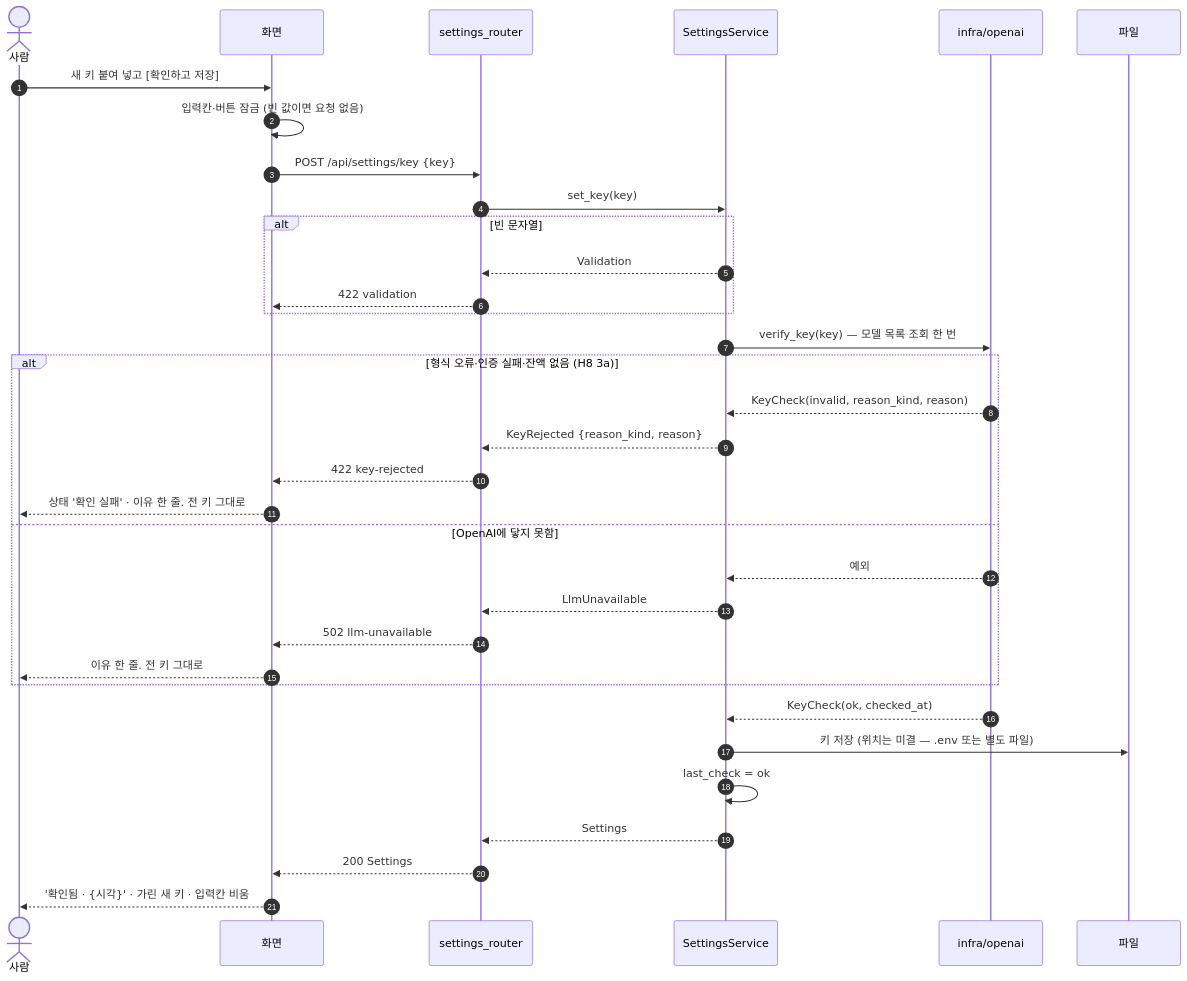
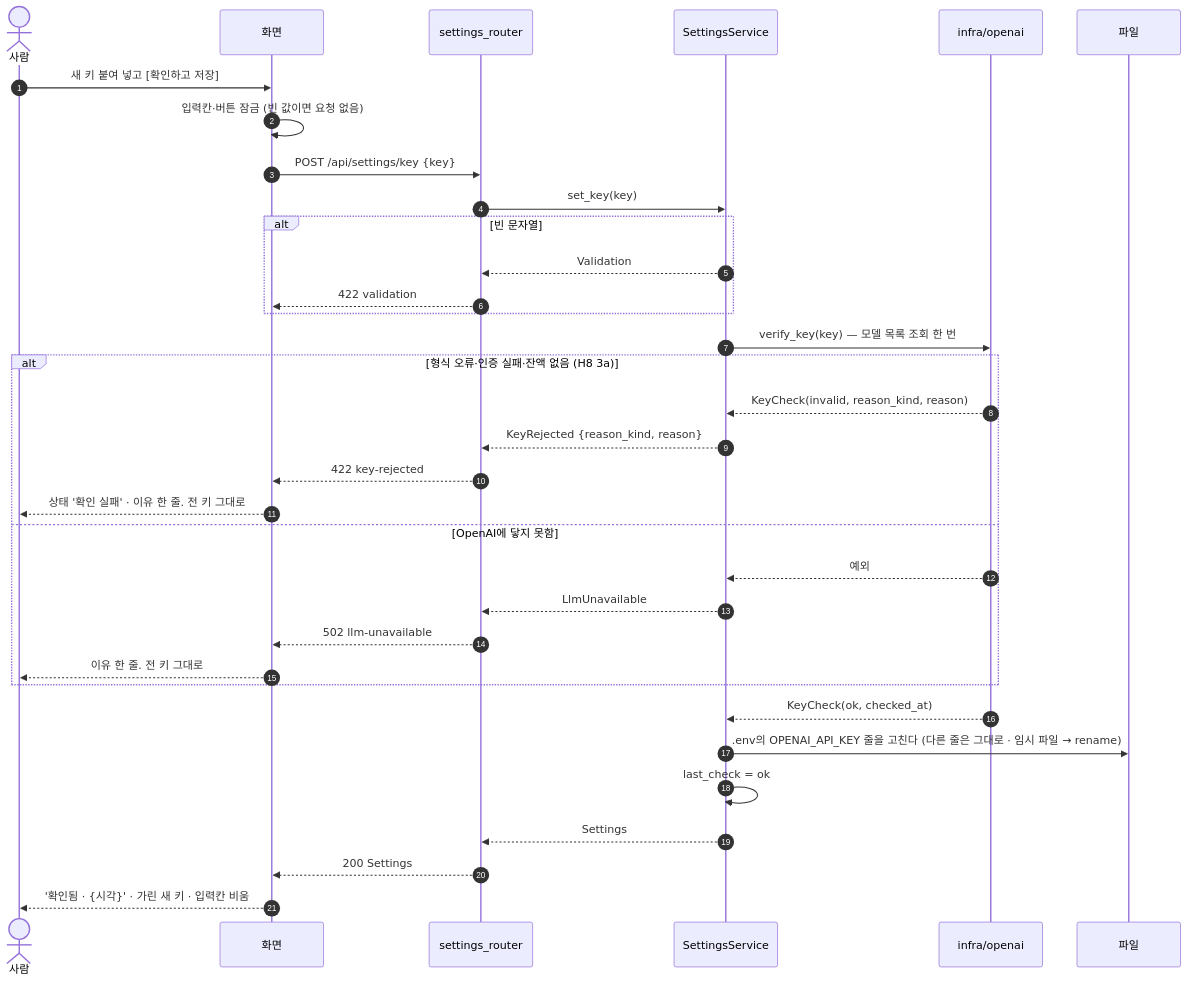
Diagram 12 of 15 in docs/specs/09-SEQ/VA-SEQ-001.md (HoyoungParkme/video-agent), drawn with Mermaid before and after one commit. The commit also changed other lines of this file, not shown here.

Commit message:
대기열 반영 — SEQ-2·6은 queued로 넣고 깨움, SEQ-14 워커 추가, SEQ-13 워커 띄움, SEQ-12 .env 저장. 되먹일 것 #7·#8

````diff
--- a/docs/specs/09-SEQ/VA-SEQ-001.md
+++ b/docs/specs/09-SEQ/VA-SEQ-001.md
@@ -810,37 +820,37 @@
 ```mermaid
 sequenceDiagram
     autonumber
     actor U as 사람
     participant W as 화면
     participant RS as settings_router
     participant SS as SettingsService
     participant OA as infra/openai
     participant FS as 파일
 
     U->>W: 새 키 붙여 넣고 [확인하고 저장]
     W->>W: 입력칸·버튼 잠금 (빈 값이면 요청 없음)
     W->>RS: POST /api/settings/key {key}
     RS->>SS: set_key(key)
     alt 빈 문자열
         SS-->>RS: Validation
         RS-->>W: 422 validation
     end
     SS->>OA: verify_key(key) — 모델 목록 조회 한 번
     alt 형식 오류·인증 실패·잔액 없음 (H8 3a)
         OA-->>SS: KeyCheck(invalid, reason_kind, reason)
         SS-->>RS: KeyRejected {reason_kind, reason}
         RS-->>W: 422 key-rejected
         W-->>U: 상태 '확인 실패' · 이유 한 줄. 전 키 그대로
     else OpenAI에 닿지 못함
         OA-->>SS: 예외
         SS-->>RS: LlmUnavailable
         RS-->>W: 502 llm-unavailable
         W-->>U: 이유 한 줄. 전 키 그대로
     end
     OA-->>SS: KeyCheck(ok, checked_at)
-    SS->>FS: 키 저장 (위치는 미결 — .env 또는 별도 파일)
+    SS->>FS: .env의 OPENAI_API_KEY 줄을 고친다 (다른 줄은 그대로 · 임시 파일 → rename)
     SS->>SS: last_check = ok
     SS-->>RS: Settings
     RS-->>W: 200 Settings
     W-->>U: '확인됨 · {시각}' · 가린 새 키 · 입력칸 비움
 ```
````
